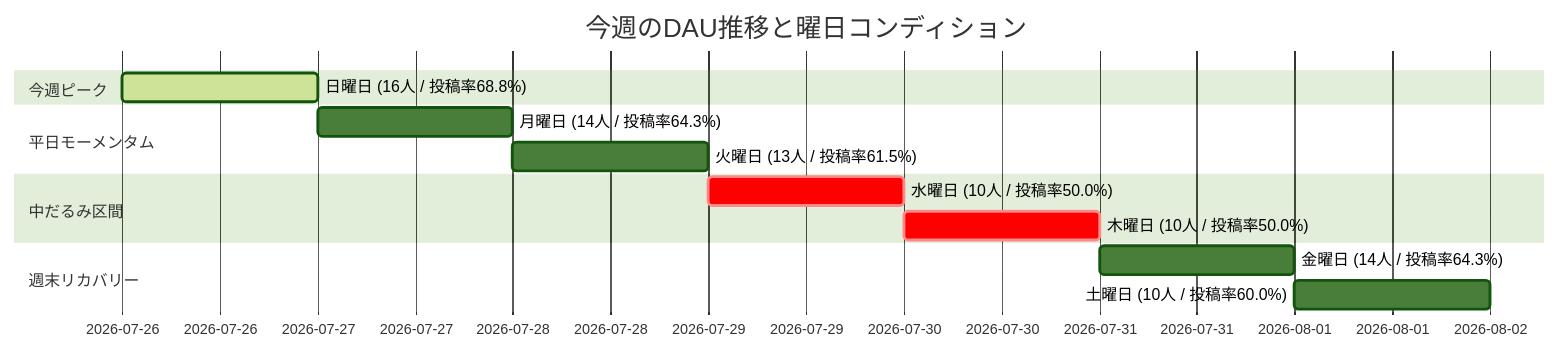
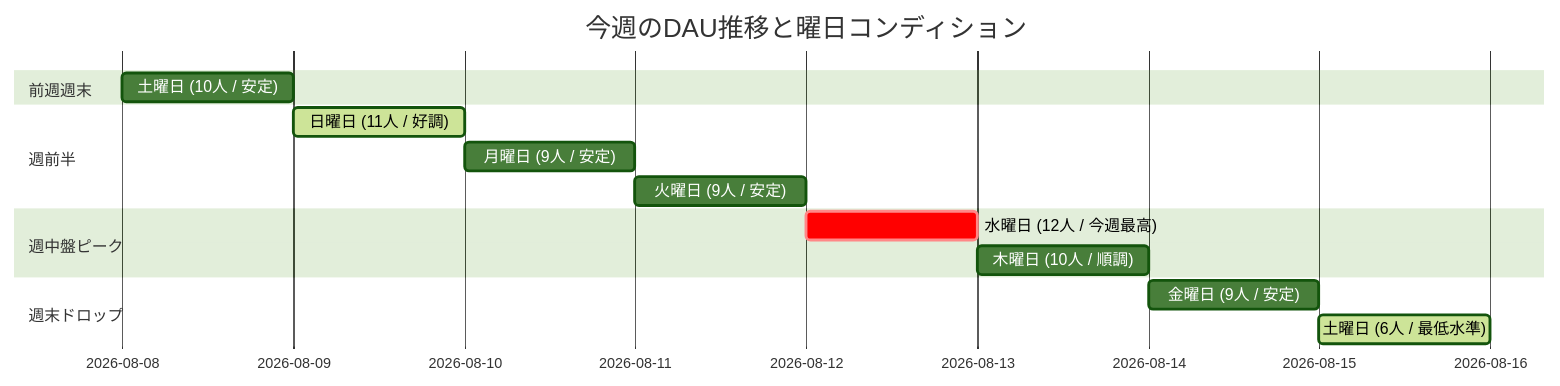
One commit to YusukeKatahara/V-Effect changed the diagram in docs/analytics/weekly_report.md. Above: the diagram before and after it, drawn with Mermaid (forest theme). The commit also changed other lines of this file and 11 other files, not shown here.

````diff
--- a/docs/analytics/weekly_report.md
+++ b/docs/analytics/weekly_report.md
@@ -34,16 +34,17 @@
 ```mermaid
 gantt
     title 今週のDAU推移と曜日コンディション
     dateFormat  YYYY-MM-DD
-    section 今週ピーク
-    日曜日 (16人 / 投稿率68.8%) :active, 2026-07-26, 1d
-    section 平日モーメンタム
-    月曜日 (14人 / 投稿率64.3%) :2026-07-27, 1d
-    火曜日 (13人 / 投稿率61.5%) :2026-07-28, 1d
-    section 中だるみ区間
-    水曜日 (10人 / 投稿率50.0%) :crit, 2026-07-29, 1d
-    木曜日 (10人 / 投稿率50.0%) :crit, 2026-07-30, 1d
-    section 週末リカバリー
-    金曜日 (14人 / 投稿率64.3%) :2026-07-31, 1d
-    土曜日 (10人 / 投稿率60.0%) :2026-08-01, 1d
+    section 前週週末
+    土曜日 (10人 / 安定) :2026-08-08, 1d
+    section 週前半
+    日曜日 (11人 / 好調) :active, 2026-08-09, 1d
+    月曜日 (9人 / 安定) :2026-08-10, 1d
+    火曜日 (9人 / 安定) :2026-08-11, 1d
+    section 週中盤ピーク
+    水曜日 (12人 / 今週最高) :crit, 2026-08-12, 1d
+    木曜日 (10人 / 順調) :2026-08-13, 1d
+    section 週末ドロップ
+    金曜日 (9人 / 安定) :2026-08-14, 1d
+    土曜日 (6人 / 最低水準) :active, 2026-08-15, 1d
 ```
````
